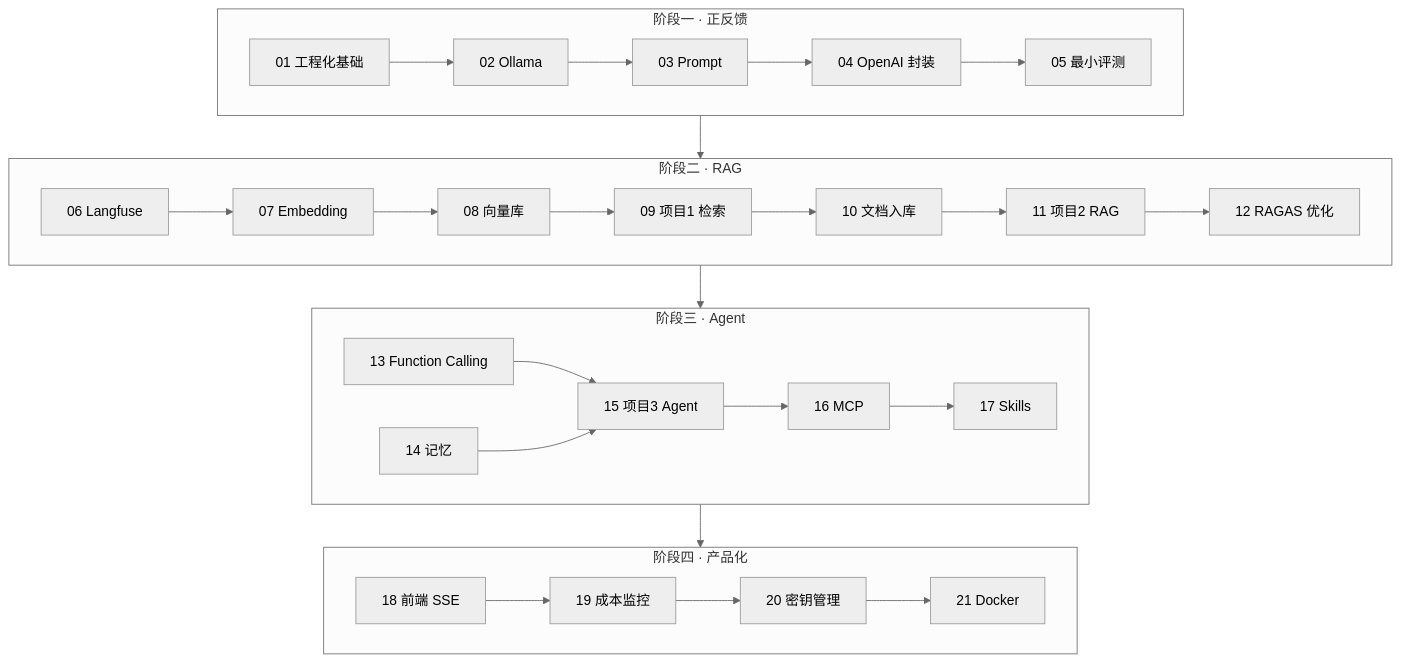
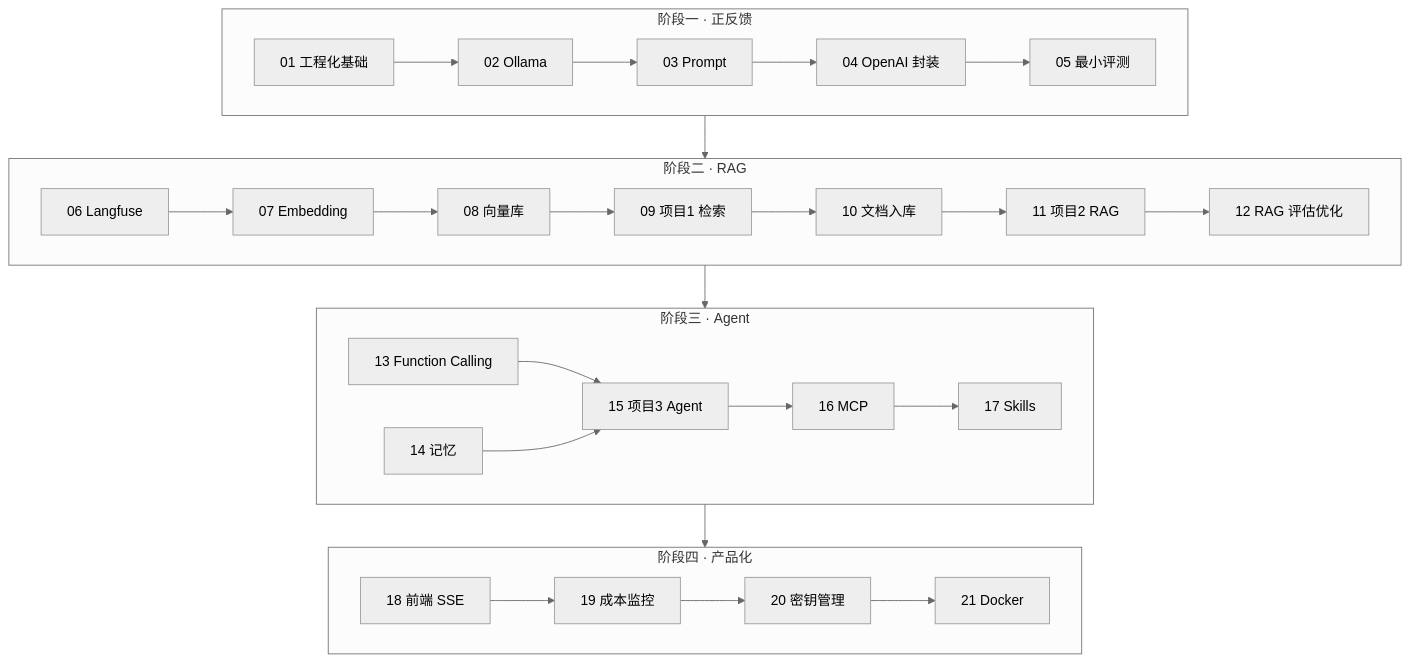
The second of 2 diagrams in docs/03.AI/02.AI应用开发技术/00.AI应用工程化学习路线.md (l552177239/my-note), drawn with Mermaid (neutral theme) before and after one commit. The commit also changed other lines of this file and 4 other files, not shown here.

````diff
--- a/docs/03.AI/02.AI应用开发技术/00.AI应用工程化学习路线.md
+++ b/docs/03.AI/02.AI应用开发技术/00.AI应用工程化学习路线.md
@@ -109,29 +109,29 @@
 ```mermaid
 flowchart TB
   subgraph s1 ["阶段一 · 正反馈"]
     A01["01 工程化基础"] --> A02["02 Ollama"]
     A02 --> A03["03 Prompt"]
     A03 --> A04["04 OpenAI 封装"]
     A04 --> A05["05 最小评测"]
   end
   subgraph s2 ["阶段二 · RAG"]
     B06["06 Langfuse"] --> B07["07 Embedding"]
     B07 --> B08["08 向量库"]
     B08 --> B09["09 项目1 检索"]
     B09 --> B10["10 文档入库"]
     B10 --> B11["11 项目2 RAG"]
-    B11 --> B12["12 RAGAS 优化"]
+    B11 --> B12["12 RAG 评估优化"]
   end
   subgraph s3 ["阶段三 · Agent"]
     C13["13 Function Calling"] --> C15["15 项目3 Agent"]
     C14["14 记忆"] --> C15
     C15 --> C16["16 MCP"]
     C16 --> C17["17 Skills"]
   end
   subgraph s4 ["阶段四 · 产品化"]
     D18["18 前端 SSE"] --> D19["19 成本监控"]
     D19 --> D20["20 密钥管理"]
     D20 --> D21["21 Docker"]
   end
   s1 --> s2 --> s3 --> s4
 ```
````
